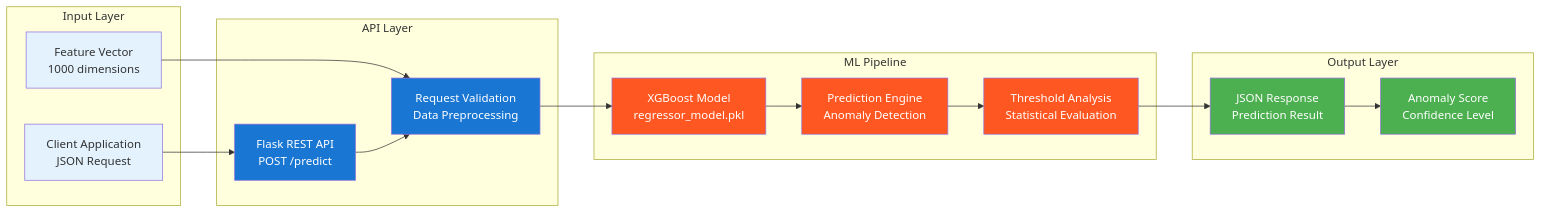
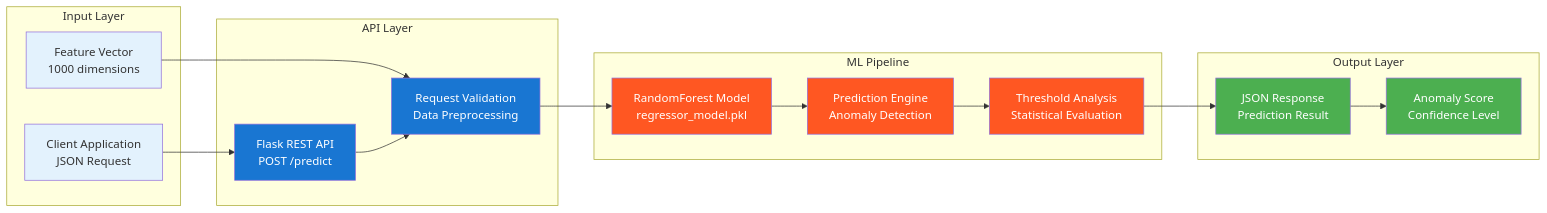
Before and after one commit to galafis/Anomaly-Detection-System: the diagram in data-flow.mmd, drawn with Mermaid. The commit also changed 12 other files, not shown here.

```diff
--- a/data-flow.mmd
+++ b/data-flow.mmd
@@ -1,40 +1,40 @@
 graph LR
     subgraph "Input Layer"
         A[Client Application<br/>JSON Request]
         B[Feature Vector<br/>1000 dimensions]
     end
 
     subgraph "API Layer"
         C[Flask REST API<br/>POST /predict]
         D[Request Validation<br/>Data Preprocessing]
     end
 
     subgraph "ML Pipeline"
-        E[XGBoost Model<br/>regressor_model.pkl]
+        E[RandomForest Model<br/>regressor_model.pkl]
         F[Prediction Engine<br/>Anomaly Detection]
         G[Threshold Analysis<br/>Statistical Evaluation]
     end
 
     subgraph "Output Layer"
         H[JSON Response<br/>Prediction Result]
         I[Anomaly Score<br/>Confidence Level]
     end
 
     A --> C
     B --> D
     C --> D
     D --> E
     E --> F
     F --> G
     G --> H
     H --> I
 
     style A fill:#E3F2FD
     style B fill:#E3F2FD
     style C fill:#1976D2,color:#fff
     style D fill:#1976D2,color:#fff
     style E fill:#FF5722,color:#fff
     style F fill:#FF5722,color:#fff
     style G fill:#FF5722,color:#fff
     style H fill:#4CAF50,color:#fff
     style I fill:#4CAF50,color:#fff
```
